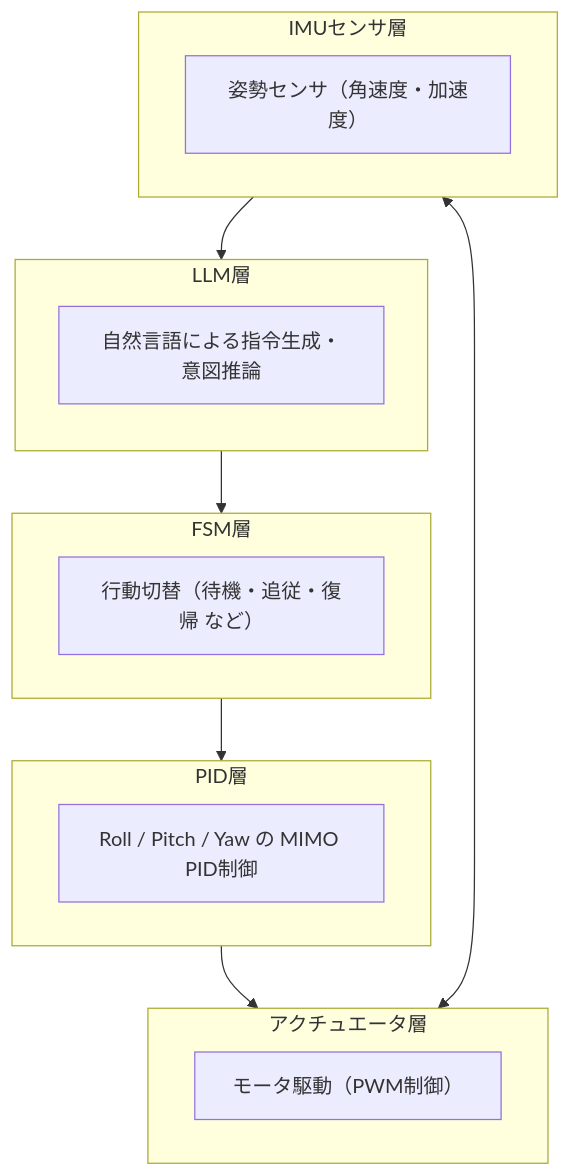
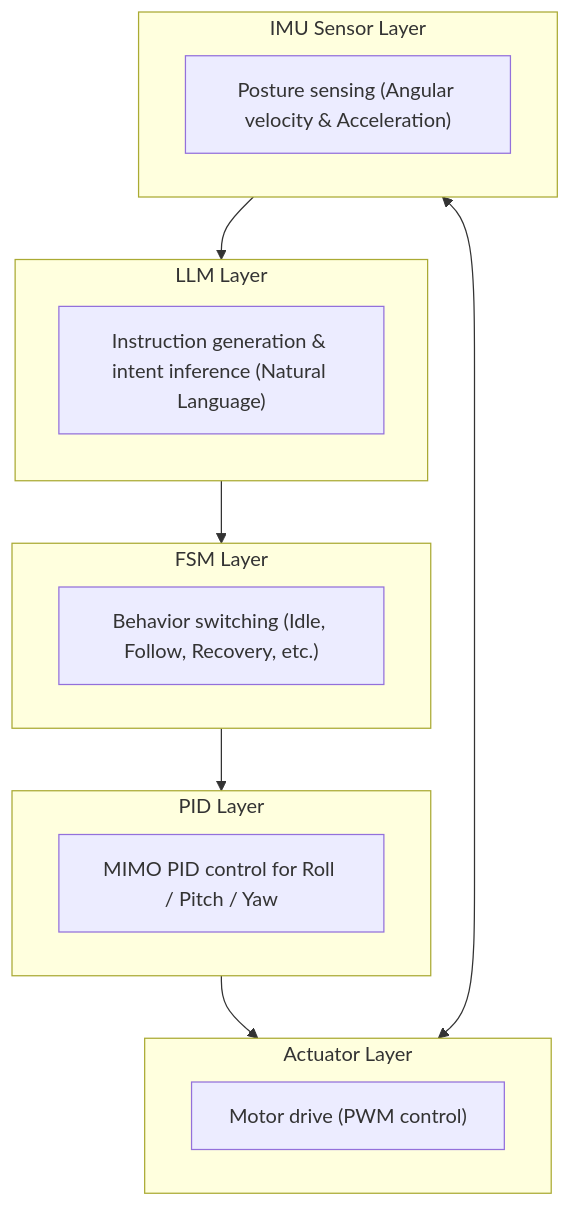
The second of 2 diagrams in en/README.md (Samizo-AITL/AITL-H), drawn with Mermaid before and after one commit.

````diff
--- a/en/README.md
+++ b/en/README.md
@@ -128,27 +128,27 @@
 ```mermaid
 flowchart TB
-    subgraph LLM["LLM層"]
+    subgraph LLM["LLM Layer"]
         direction TB
-        LLM_desc["自然言語による指令生成・意図推論"]
+        LLM_desc["Instruction generation & intent inference (Natural Language)"]
     end
 
-    subgraph FSM["FSM層"]
-        FSM_desc["行動切替（待機・追従・復帰 など）"]
+    subgraph FSM["FSM Layer"]
+        FSM_desc["Behavior switching (Idle, Follow, Recovery, etc.)"]
     end
 
-    subgraph PID["PID層"]
-        PID_desc["Roll / Pitch / Yaw の MIMO PID制御"]
+    subgraph PID["PID Layer"]
+        PID_desc["MIMO PID control for Roll / Pitch / Yaw"]
     end
 
-    subgraph ACT["アクチュエータ層"]
-        ACT_desc["モータ駆動（PWM制御）"]
+    subgraph ACT["Actuator Layer"]
+        ACT_desc["Motor drive (PWM control)"]
     end
 
-    subgraph SENSOR["IMUセンサ層"]
-        SENSOR_desc["姿勢センサ（角速度・加速度）"]
+    subgraph SENSOR["IMU Sensor Layer"]
+        SENSOR_desc["Posture sensing (Angular velocity & Acceleration)"]
     end
 
     LLM --> FSM --> PID --> ACT
     ACT <--> SENSOR
     SENSOR --> LLM
 ```
````
